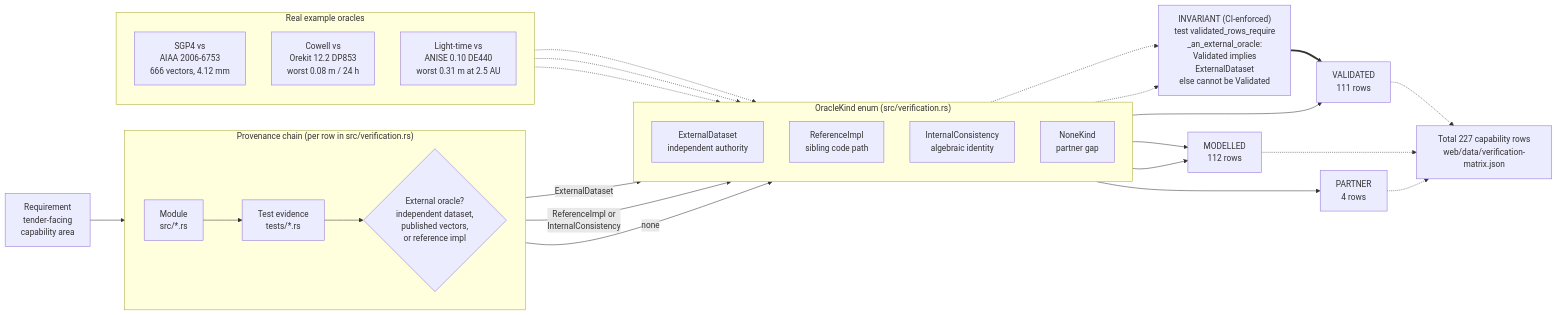
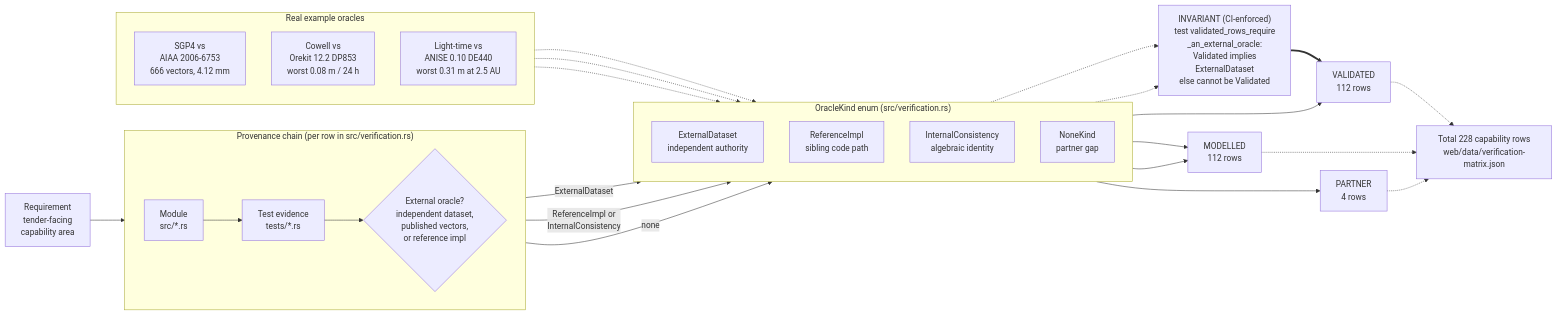
The diagram in docs/diagrams/validation-provenance.mmd (ashfordeOU/kshana), drawn with Mermaid before and after one commit. The commit also changed 27 other files, not shown here.

```diff
--- a/docs/diagrams/validation-provenance.mmd
+++ b/docs/diagrams/validation-provenance.mmd
@@ -1,49 +1,49 @@
 flowchart LR
     REQ["Requirement<br/>tender-facing<br/>capability area"]
 
     subgraph CHAIN["Provenance chain (per row in src/verification.rs)"]
         direction LR
         MOD["Module<br/>src/*.rs"]
         TST["Test evidence<br/>tests/*.rs"]
         ORA{"External oracle?<br/>independent dataset,<br/>published vectors,<br/>or reference impl"}
     end
 
     REQ --> MOD --> TST --> ORA
 
     subgraph KINDS["OracleKind enum (src/verification.rs)"]
         direction TD
         EXT["ExternalDataset<br/>independent authority"]
         REF["ReferenceImpl<br/>sibling code path"]
         INT["InternalConsistency<br/>algebraic identity"]
         NON["NoneKind<br/>partner gap"]
     end
 
     ORA -->|ExternalDataset| EXT
     ORA -->|"ReferenceImpl or<br/>InternalConsistency"| INT
     ORA -->|none| NON
 
     GUARD["INVARIANT (CI-enforced)<br/>test validated_rows_require<br/>_an_external_oracle:<br/>Validated implies<br/>ExternalDataset<br/>else cannot be Validated"]
     EXT -.-> GUARD
     INT -.-> GUARD
 
-    EXT --> VAL["VALIDATED<br/>111 rows"]
+    EXT --> VAL["VALIDATED<br/>112 rows"]
     REF --> MDL["MODELLED<br/>112 rows"]
     INT --> MDL
     NON --> PRT["PARTNER<br/>4 rows"]
     GUARD ==> VAL
 
     subgraph EX["Real example oracles"]
         direction TD
         E1["SGP4 vs<br/>AIAA 2006-6753<br/>666 vectors, 4.12 mm"]
         E2["Cowell vs<br/>Orekit 12.2 DP853<br/>worst 0.08 m / 24 h"]
         E3["Light-time vs<br/>ANISE 0.10 DE440<br/>worst 0.31 m at 2.5 AU"]
     end
 
     E1 -.-> EXT
     E2 -.-> EXT
     E3 -.-> EXT
 
-    TOTAL["Total 227 capability rows<br/>web/data/verification-matrix.json"]
+    TOTAL["Total 228 capability rows<br/>web/data/verification-matrix.json"]
     VAL -.-> TOTAL
     MDL -.-> TOTAL
     PRT -.-> TOTAL
```
